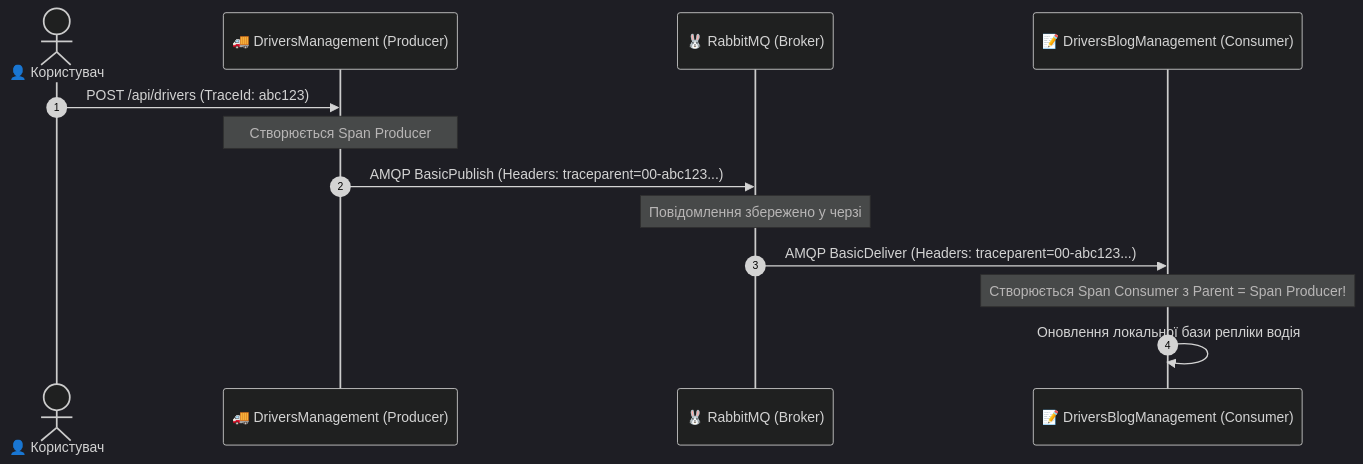
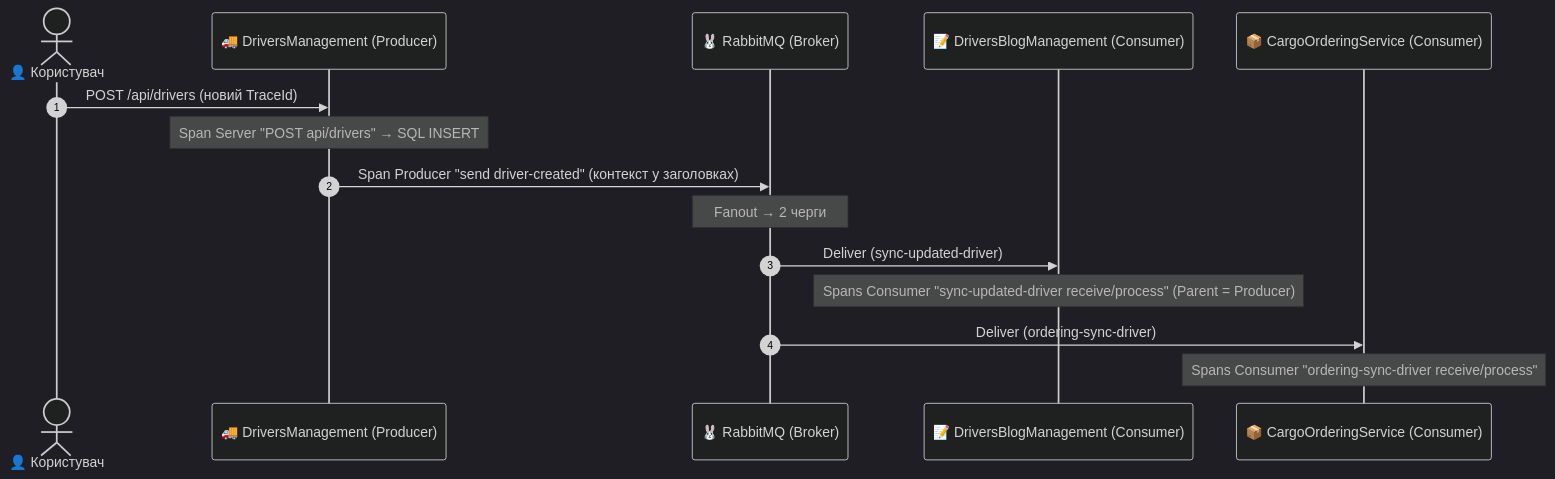
One commit to MrTomkaYurii/Demo-CargoDeliveryService changed the fifth of 6 diagrams in 02-Microservices-Craftsman/02-01-Aspire-Documentation/04_Distributed_Tracing_OpenTelemetry_Guide.md. Above: the diagram before and after it, drawn with Mermaid (dark theme). The commit also changed other lines of this file and 227 other files, not shown here.

````diff
--- a/02-Microservices-Craftsman/02-01-Aspire-Documentation/04_Distributed_Tracing_OpenTelemetry_Guide.md
+++ b/02-Microservices-Craftsman/02-01-Aspire-Documentation/04_Distributed_Tracing_OpenTelemetry_Guide.md
@@ -323,16 +359,18 @@
 ```mermaid
 sequenceDiagram
     autonumber
     actor User as 👤 Користувач
     participant DM as 🚚 DriversManagement (Producer)
     participant RMQ as 🐰 RabbitMQ (Broker)
     participant DB as 📝 DriversBlogManagement (Consumer)
+    participant CO as 📦 CargoOrderingService (Consumer)
 
-    User->>DM: POST /api/drivers (TraceId: abc123)
-    Note over DM: Створюється Span Producer
-    DM->>RMQ: AMQP BasicPublish (Headers: traceparent=00-abc123...)
-    Note over RMQ: Повідомлення збережено у черзі
-    RMQ->>DB: AMQP BasicDeliver (Headers: traceparent=00-abc123...)
-    Note over DB: Створюється Span Consumer з Parent = Span Producer!
-    DB->>DB: Оновлення локальної бази репліки водія
+    User->>DM: POST /api/drivers (новий TraceId)
+    Note over DM: Span Server "POST api/drivers" → SQL INSERT
+    DM->>RMQ: Span Producer "send driver-created" (контекст у заголовках)
+    Note over RMQ: Fanout → 2 черги
+    RMQ->>DB: Deliver (sync-updated-driver)
+    Note over DB: Spans Consumer "sync-updated-driver receive/process" (Parent = Producer)
+    RMQ->>CO: Deliver (ordering-sync-driver)
+    Note over CO: Spans Consumer "ordering-sync-driver receive/process"
 ```
````
